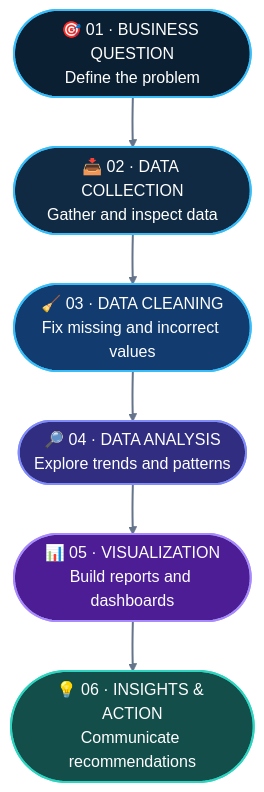
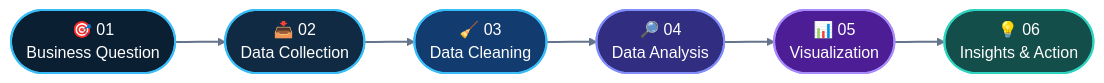
The diagram in README.md (awan-mansuri/awan-mansuri), drawn with Mermaid before and after one commit. The commit also changed other lines of this file, not shown here.

Commit message:
README.md

````diff
--- a/README.md
+++ b/README.md
@@ -184,20 +184,20 @@
 ```mermaid
-flowchart TD
-    A(["🎯 01 · BUSINESS QUESTION<br/>Define the problem"])
-    B(["📥 02 · DATA COLLECTION<br/>Gather and inspect data"])
-    C(["🧹 03 · DATA CLEANING<br/>Fix missing and incorrect values"])
-    D(["🔎 04 · DATA ANALYSIS<br/>Explore trends and patterns"])
-    E(["📊 05 · VISUALIZATION<br/>Build reports and dashboards"])
-    F(["💡 06 · INSIGHTS & ACTION<br/>Communicate recommendations"])
+flowchart LR
+    A(["🎯 01<br/>Business Question"])
+    B(["📥 02<br/>Data Collection"])
+    C(["🧹 03<br/>Data Cleaning"])
+    D(["🔎 04<br/>Data Analysis"])
+    E(["📊 05<br/>Visualization"])
+    F(["💡 06<br/>Insights & Action"])
 
     A --> B --> C --> D --> E --> F
 
     style A fill:#0B1F33,stroke:#38BDF8,stroke-width:2px,color:#FFFFFF
     style B fill:#102A43,stroke:#38BDF8,stroke-width:2px,color:#FFFFFF
     style C fill:#123B70,stroke:#38BDF8,stroke-width:2px,color:#FFFFFF
     style D fill:#312E81,stroke:#818CF8,stroke-width:2px,color:#FFFFFF
     style E fill:#4C1D95,stroke:#A78BFA,stroke-width:2px,color:#FFFFFF
     style F fill:#134E4A,stroke:#2DD4BF,stroke-width:2px,color:#FFFFFF
 
     linkStyle 0,1,2,3,4 stroke:#64748B,stroke-width:2px
 ```
````
